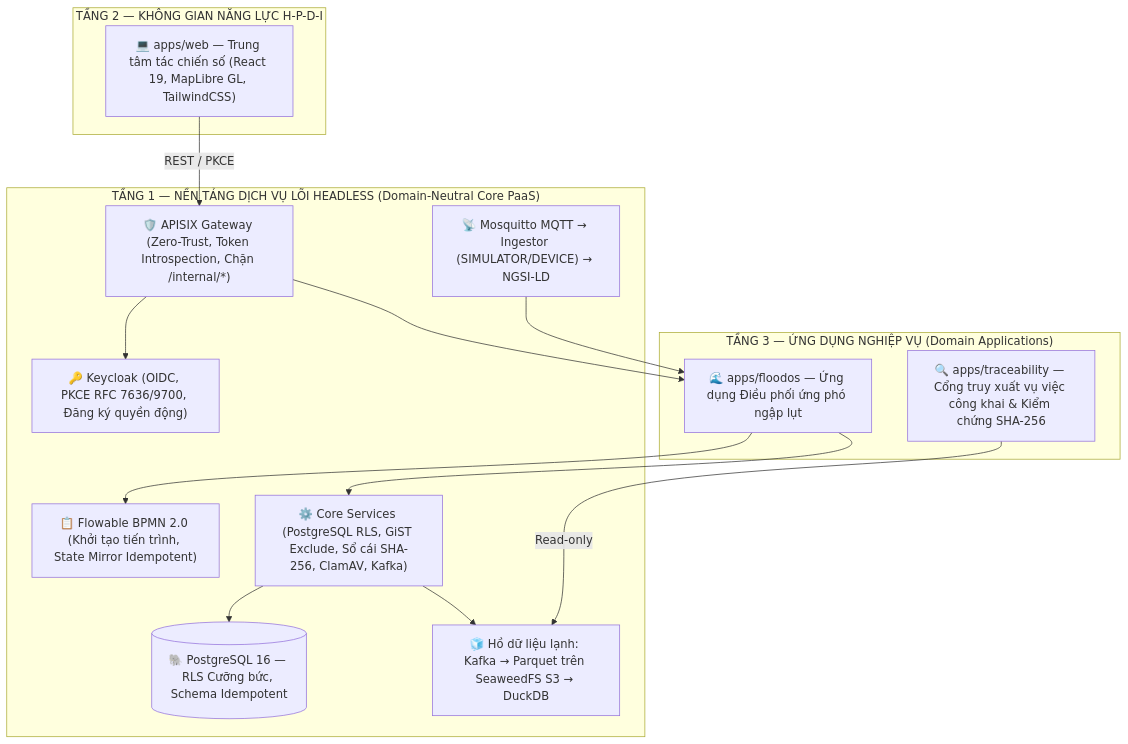
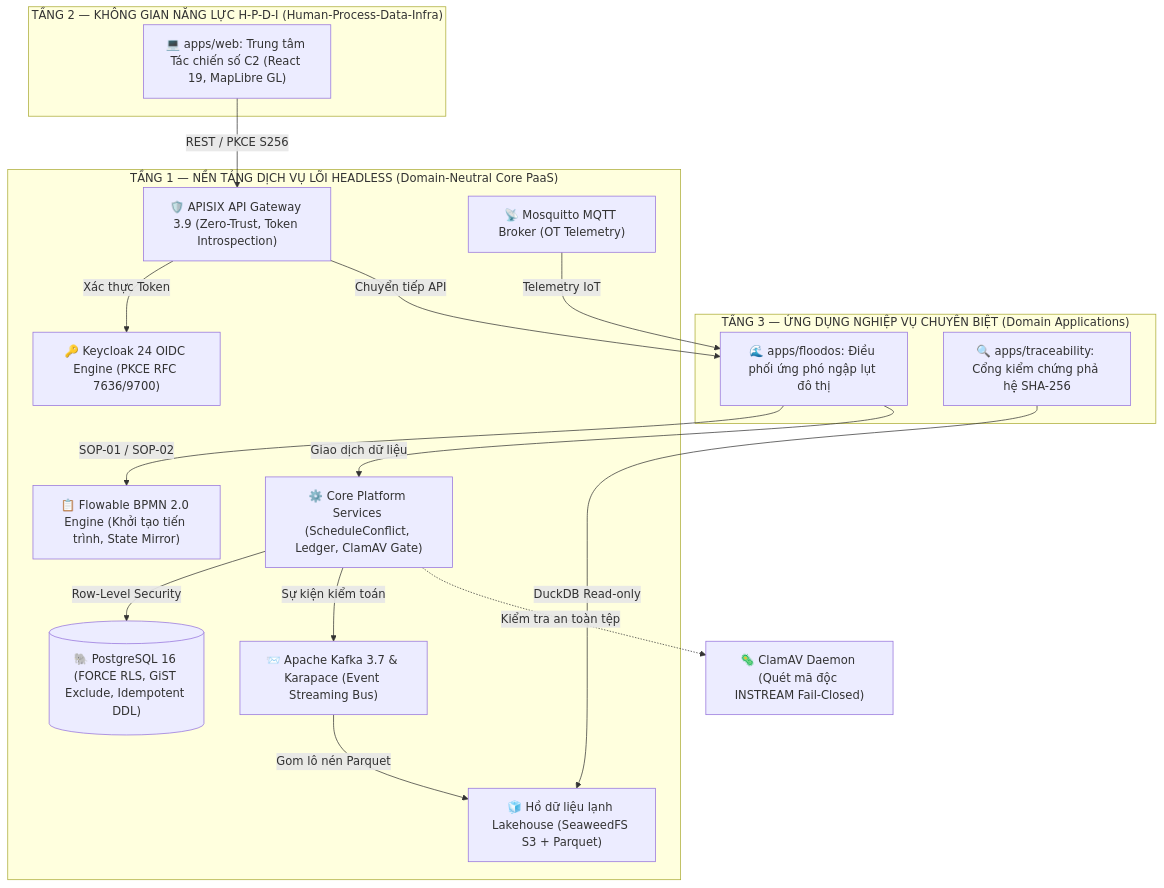
One commit to Floodos-hou/FloodOS changed the first of 2 diagrams in README.md. Above: the diagram before and after it, drawn with Mermaid. The commit also changed other lines of this file and 6 other files, not shown here.

First line of the commit message:
chore(release): bump v0.2.0, redraw README Mermaid architecture and SOP-01/02 flows, publish release notes

````diff
--- a/README.md
+++ b/README.md
@@ -101,31 +72,36 @@
 ```mermaid
 flowchart TD
-    subgraph T3 ["TẦNG 3 — ỨNG DỤNG NGHIỆP VỤ (Domain Applications)"]
-        FO["🌊 apps/floodos — Ứng dụng Điều phối ứng phó ngập lụt"]
-        TR["🔍 apps/traceability — Cổng truy xuất vụ việc công khai & Kiểm chứng SHA-256"]
+    subgraph T3 ["TẦNG 3 — ỨNG DỤNG NGHIỆP VỤ CHUYÊN BIỆT (Domain Applications)"]
+        FO["🌊 apps/floodos: Điều phối ứng phó ngập lụt đô thị"]
+        TR["🔍 apps/traceability: Cổng kiểm chứng phả hệ SHA-256"]
     end
 
-    subgraph T2 ["TẦNG 2 — KHÔNG GIAN NĂNG LỰC H-P-D-I"]
-        WEB["💻 apps/web — Trung tâm tác chiến số (React 19, MapLibre GL, TailwindCSS)"]
+    subgraph T2 ["TẦNG 2 — KHÔNG GIAN NĂNG LỰC H-P-D-I (Human-Process-Data-Infra)"]
+        WEB["💻 apps/web: Trung tâm Tác chiến số C2 (React 19, MapLibre GL)"]
     end
 
     subgraph T1 ["TẦNG 1 — NỀN TẢNG DỊCH VỤ LÕI HEADLESS (Domain-Neutral Core PaaS)"]
-        GW["🛡️ APISIX Gateway (Zero-Trust, Token Introspection, Chặn /internal/*)"]
-        IAM["🔑 Keycloak (OIDC, PKCE RFC 7636/9700, Đăng ký quyền động)"]
-        WF["📋 Flowable BPMN 2.0 (Khởi tạo tiến trình, State Mirror Idempotent)"]
-        DS["⚙️ Core Services (PostgreSQL RLS, GiST Exclude, Sổ cái SHA-256, ClamAV, Kafka)"]
-        DB[(🐘 PostgreSQL 16 — RLS Cưỡng bức, Schema Idempotent)]
-        LAKE["🧊 Hồ dữ liệu lạnh: Kafka → Parquet trên SeaweedFS S3 → DuckDB"]
-        OT["📡 Mosquitto MQTT → Ingestor (SIMULATOR/DEVICE) → NGSI-LD"]
+        GW["🛡️ APISIX API Gateway 3.9 (Zero-Trust, Token Introspection)"]
+        IAM["🔑 Keycloak 24 OIDC Engine (PKCE RFC 7636/9700)"]
+        WF["📋 Flowable BPMN 2.0 Engine (Khởi tạo tiến trình, State Mirror)"]
+        DS["⚙️ Core Platform Services (ScheduleConflict, Ledger, ClamAV Gate)"]
+        DB[("🐘 PostgreSQL 16 (FORCE RLS, GiST Exclude, Idempotent DDL)")]
+        KAFKA["📨 Apache Kafka 3.7 & Karapace (Event Streaming Bus)"]
+        LAKE["🧊 Hồ dữ liệu lạnh Lakehouse (SeaweedFS S3 + Parquet)"]
+        MQTT["📡 Mosquitto MQTT Broker (OT Telemetry)"]
     end
 
-    WEB -->|REST / PKCE| GW
-    TR -->|Read-only| LAKE
-    GW --> IAM
-    GW --> FO
-    FO --> WF
-    FO --> DS
-    DS --> DB
-    DS --> LAKE
-    OT --> FO
+    WEB -->|REST / PKCE S256| GW
+    TR -->|DuckDB Read-only| LAKE
+    GW -->|Xác thực Token| IAM
+    GW -->|Chuyển tiếp API| FO
+    FO -->|SOP-01 / SOP-02| WF
+    FO -->|Giao dịch dữ liệu| DS
+    DS -->|Row-Level Security| DB
+    DS -->|Sự kiện kiểm toán| KAFKA
+    KAFKA -->|Gom lô nén Parquet| LAKE
+    MQTT -->|Telemetry IoT| FO
+
+    CLAM["🦠 ClamAV Daemon (Quét mã độc INSTREAM Fail-Closed)"]
+    DS -.->|Kiểm tra an toàn tệp| CLAM
 ```
````
